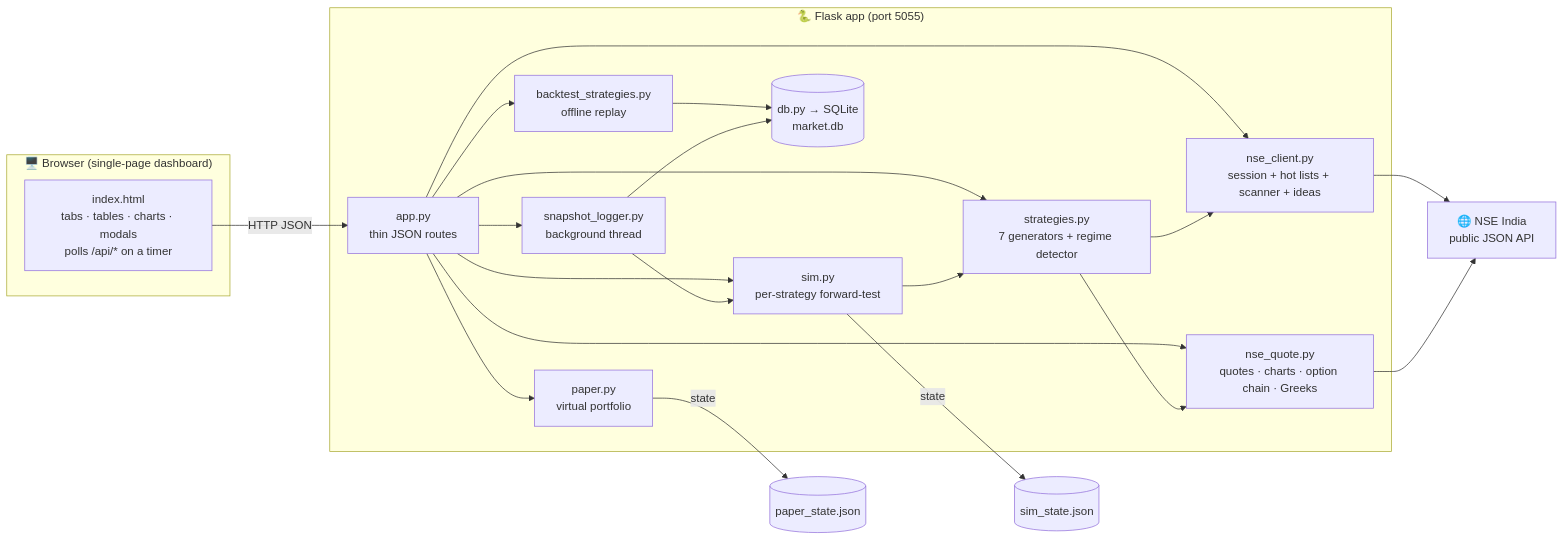
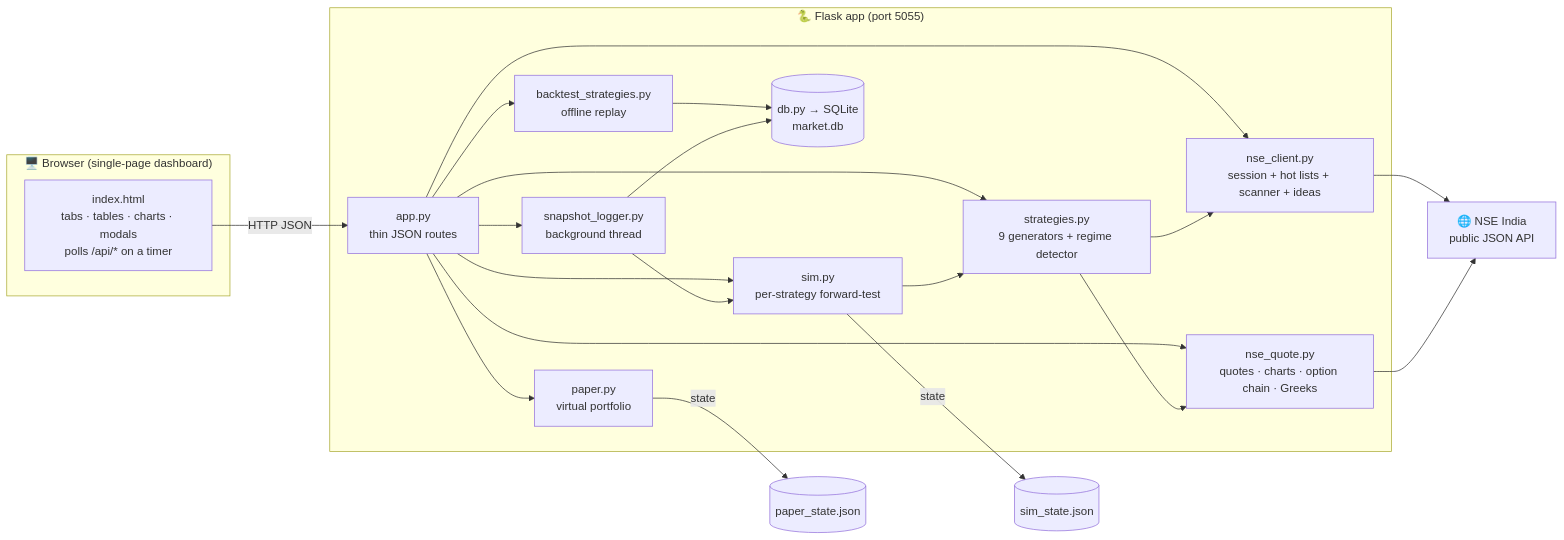
Before and after one commit to aakash-jain-1/nse-market-pulse: the first of 7 diagrams in README.md, drawn with Mermaid. The commit also changed other lines of this file and 2 other files, not shown here.

First line of the commit message:
Add two minute-candle strategies: Opening-Range Breakout + Intraday VWAP

````diff
--- a/README.md
+++ b/README.md
@@ -90,31 +90,31 @@
 ```mermaid
 flowchart LR
     subgraph Browser["🖥️ Browser (single-page dashboard)"]
         UI["index.html<br/>tabs · tables · charts · modals<br/>polls /api/* on a timer"]
     end
 
     subgraph Server["🐍 Flask app (port 5055)"]
         APP["app.py<br/>thin JSON routes"]
         CORE["nse_client.py<br/>session + hot lists + scanner + ideas"]
         QUOTE["nse_quote.py<br/>quotes · charts · option chain · Greeks"]
-        STRAT["strategies.py<br/>7 generators + regime detector"]
+        STRAT["strategies.py<br/>9 generators + regime detector"]
         SIM["sim.py<br/>per-strategy forward-test"]
         BT["backtest_strategies.py<br/>offline replay"]
         PAPER["paper.py<br/>virtual portfolio"]
         LOG["snapshot_logger.py<br/>background thread"]
         DB[("db.py → SQLite<br/>market.db")]
     end
 
     NSE["🌐 NSE India<br/>public JSON API"]
 
     UI -->|HTTP JSON| APP
     APP --> CORE & QUOTE & STRAT & SIM & BT & PAPER & LOG
     CORE --> NSE
     QUOTE --> NSE
     STRAT --> CORE & QUOTE
     SIM --> STRAT
     BT --> DB
     LOG --> SIM & DB
     SIM -->|state| SIMJSON[("sim_state.json")]
     PAPER -->|state| PJSON[("paper_state.json")]
 ```
````
